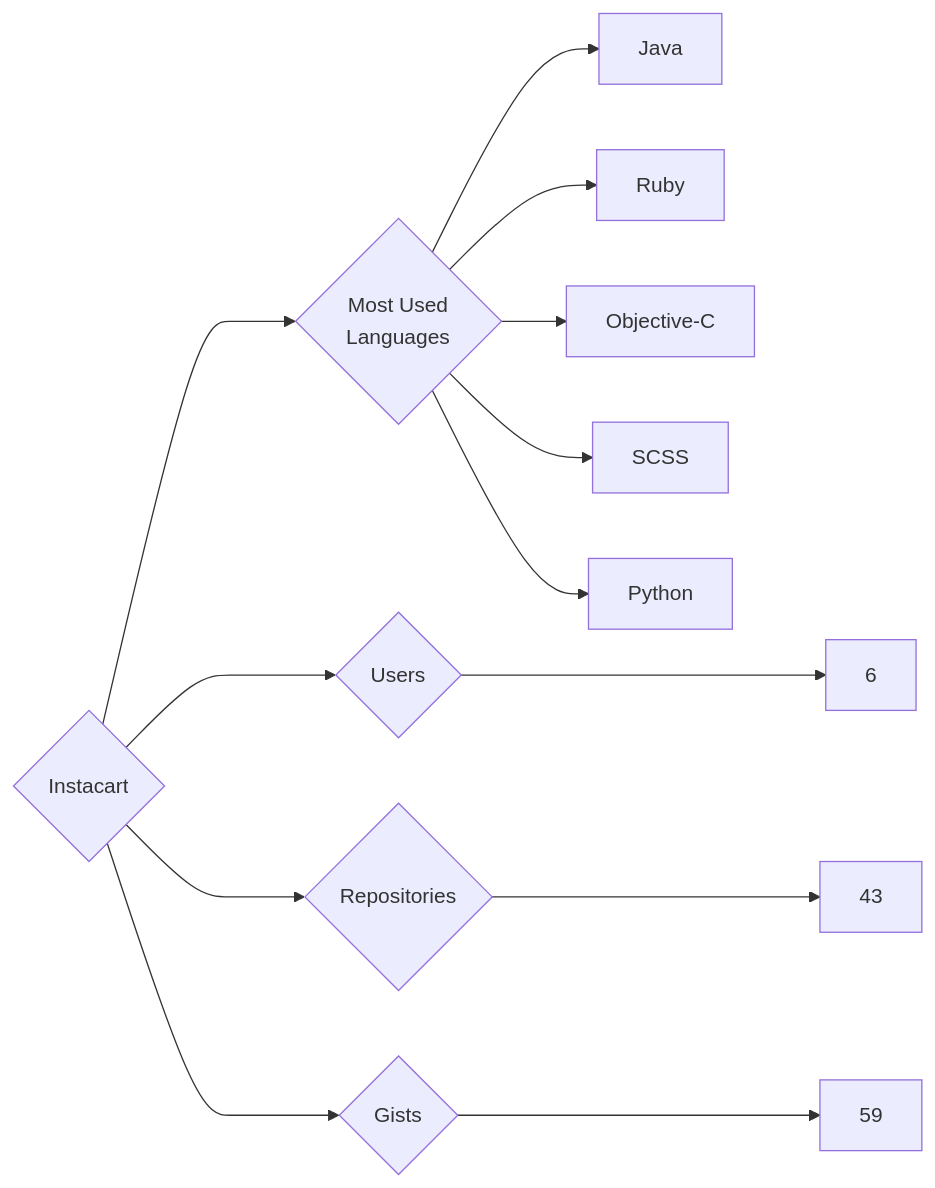
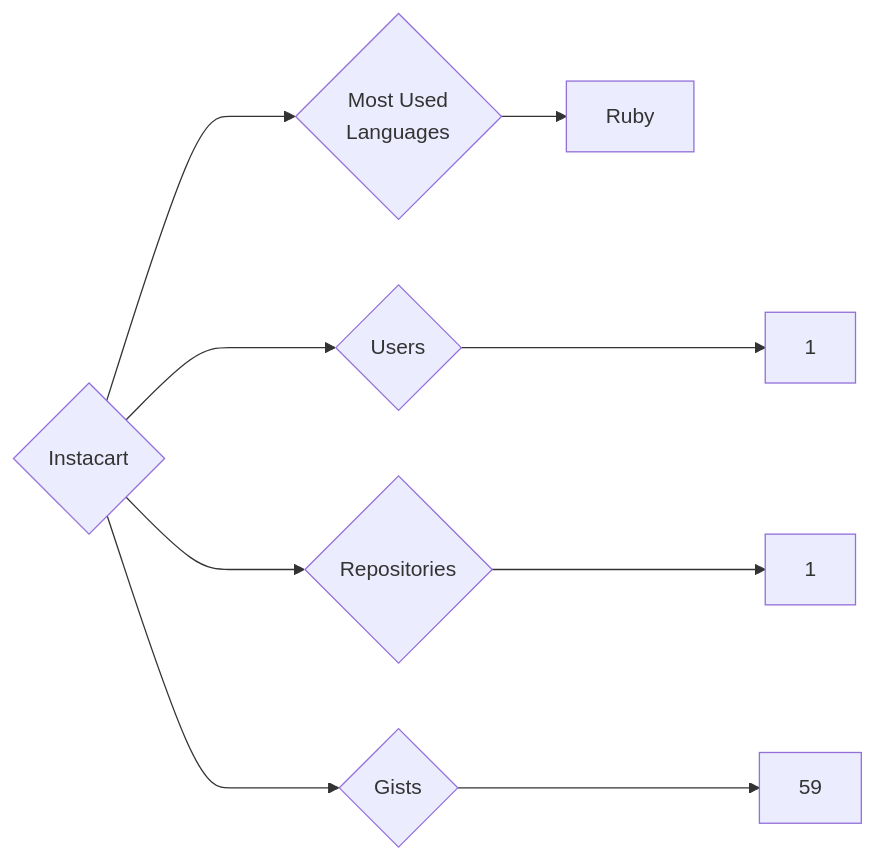
The diagram in targets/Instacart/README.md (trickest/insiders), drawn with Mermaid before and after one commit. The commit also changed 865 other files, not shown here.

````diff
--- a/targets/Instacart/README.md
+++ b/targets/Instacart/README.md
@@ -3,13 +3,9 @@
 ```mermaid
 graph LR
 COMPANY_NAME{Instacart}
-COMPANY_NAME ---> U{Users} ---> UN[6]
-COMPANY_NAME ---> R{Repositories} ---> RN[43]
+COMPANY_NAME ---> U{Users} ---> UN[1]
+COMPANY_NAME ---> R{Repositories} ---> RN[1]
 COMPANY_NAME ---> G{Gists} ---> GN[59]
 COMPANY_NAME ---> ML{Most Used<br>Languages}
-ML --> Java[Java]
 ML --> Ruby[Ruby]
-ML --> Objective-C[Objective-C]
-ML --> SCSS[SCSS]
-ML --> Python[Python]
 ```
````
